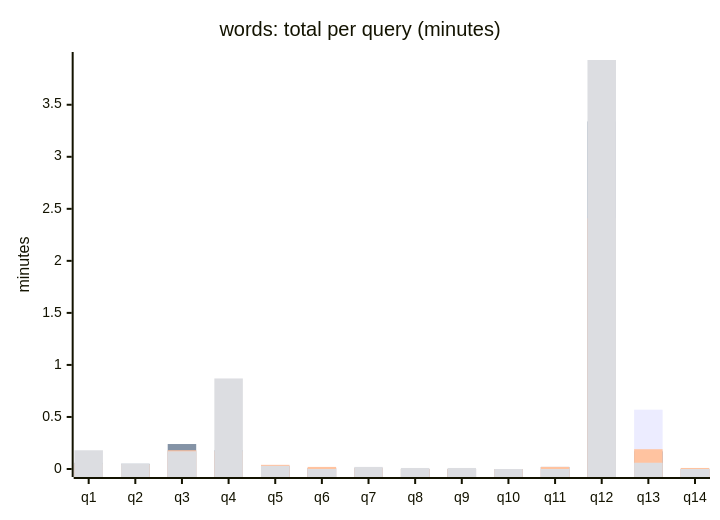
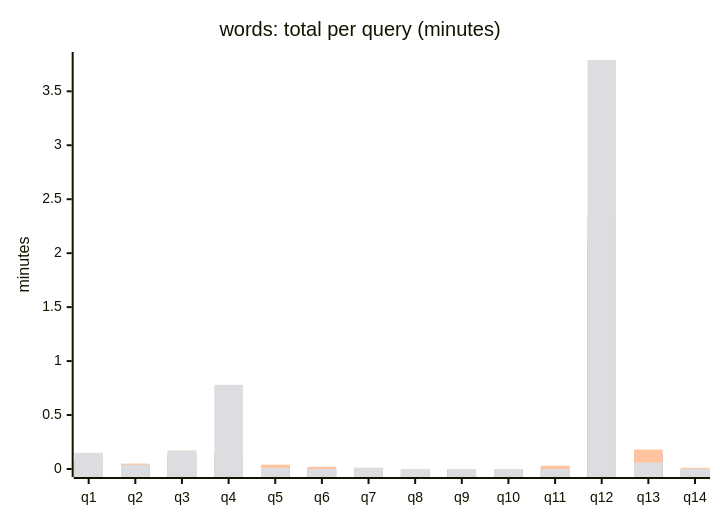
One commit to KleiKodesh/SeforimLibrarySearchEngine changed the eighth of 11 diagrams in FTS-SPECS-AND-COMPARISONS.md. Above: the diagram before and after it, drawn with Mermaid. The commit also changed other lines of this file and 35 other files, not shown here.

````diff
--- a/FTS-SPECS-AND-COMPARISONS.md
+++ b/FTS-SPECS-AND-COMPARISONS.md
@@ -433,10 +427,10 @@
 ```mermaid
 xychart-beta
     title "words: total per query (minutes)"
     x-axis ["q1", "q2", "q3", "q4", "q5", "q6", "q7", "q8", "q9", "q10", "q11", "q12", "q13", "q14"]
     y-axis "minutes"
-    bar [0.05, 0.03, 0.16, 0.15, 0.03, 0.01, 0.01, 0.00, 0.00, 0.00, 0.02, 2.43, 0.57, 0.01]
-    bar [0.06, 0.05, 0.24, 0.18, 0.03, 0.01, 0.01, 0.00, 0.00, 0.00, 0.02, 3.34, 0.17, 0.00]
-    bar [0.05, 0.04, 0.18, 0.17, 0.04, 0.02, 0.01, 0.00, 0.00, 0.00, 0.02, 2.41, 0.19, 0.01]
-    bar [0.18, 0.05, 0.17, 0.87, 0.03, 0.00, 0.02, 0.01, 0.01, 0.00, 0.00, 3.93, 0.06, 0.00]
+    bar [0.01, 0.01, 0.01, 0.03, 0.00, 0.00, 0.00, 0.00, 0.00, 0.00, 0.01, 0.63, 0.01, 0.00]
+    bar [0.06, 0.03, 0.14, 0.14, 0.03, 0.01, 0.01, 0.00, 0.00, 0.00, 0.02, 2.11, 0.14, 0.00]
+    bar [0.08, 0.05, 0.17, 0.16, 0.04, 0.02, 0.01, 0.00, 0.00, 0.00, 0.03, 2.34, 0.18, 0.01]
+    bar [0.15, 0.04, 0.17, 0.78, 0.01, 0.00, 0.01, 0.00, 0.00, 0.00, 0.00, 3.79, 0.06, 0.00]
 ```
````
